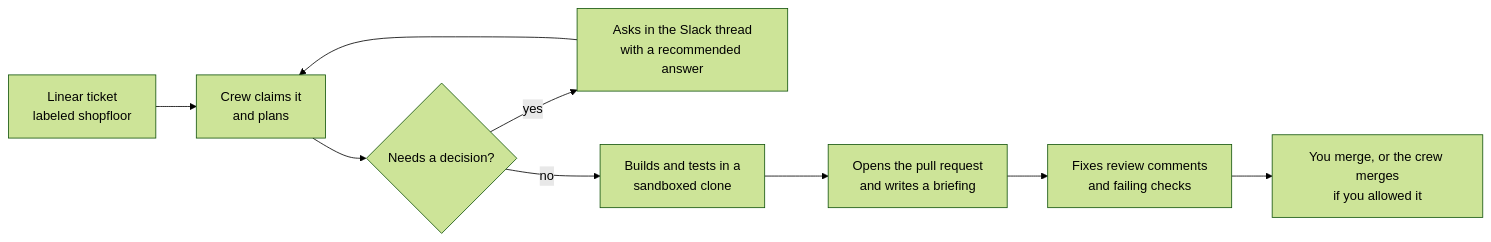
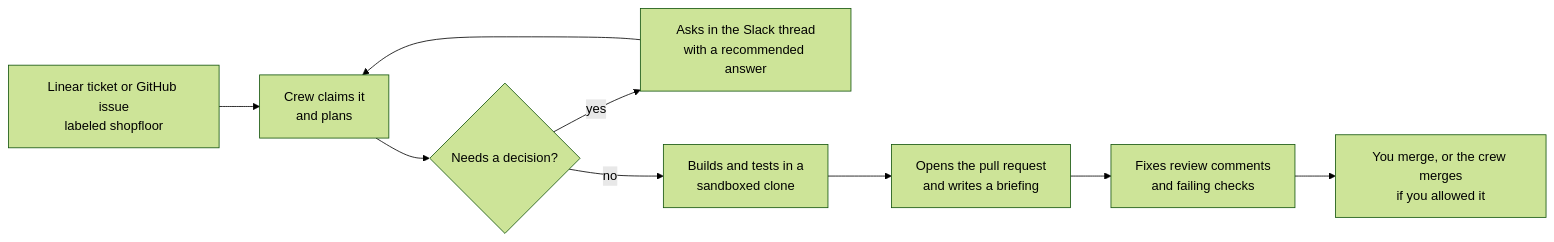
The diagram in README.md (afvr94/shopfloor), drawn with Mermaid (forest theme) before and after one commit. The commit also changed other lines of this file and 21 other files, not shown here.

````diff
--- a/README.md
+++ b/README.md
@@ -22,11 +22,11 @@
 ```mermaid
 flowchart LR
-    A["Linear ticket<br/>labeled shopfloor"] --> B["Crew claims it<br/>and plans"]
+    A["Linear ticket or GitHub issue<br/>labeled shopfloor"] --> B["Crew claims it<br/>and plans"]
     B --> C{"Needs a decision?"}
     C -- yes --> D["Asks in the Slack thread<br/>with a recommended answer"]
     D --> B
     C -- no --> E["Builds and tests in a<br/>sandboxed clone"]
     E --> F["Opens the pull request<br/>and writes a briefing"]
     F --> G["Fixes review comments<br/>and failing checks"]
     G --> H["You merge, or the crew merges<br/>if you allowed it"]
 ```
````
